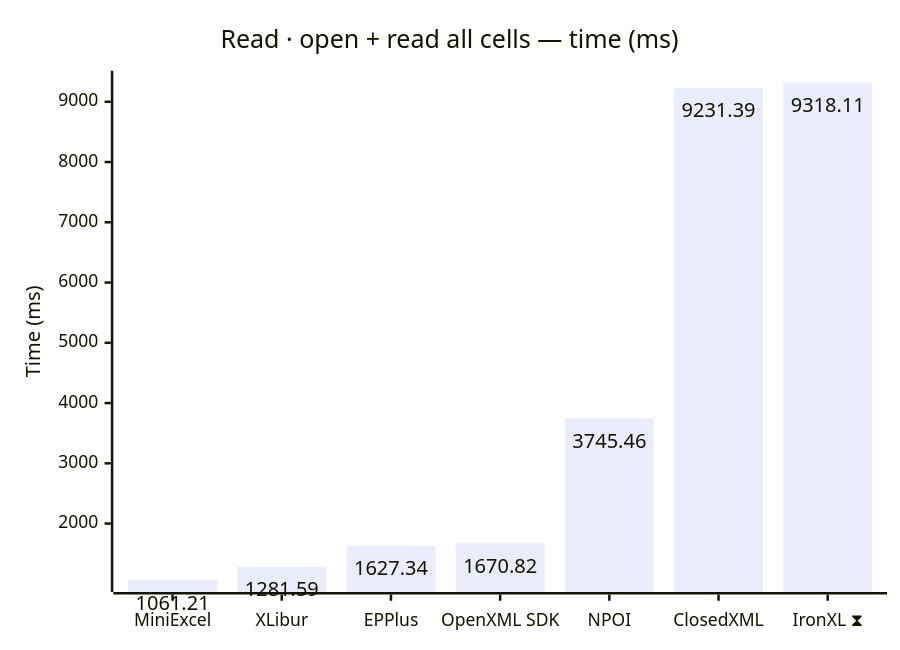
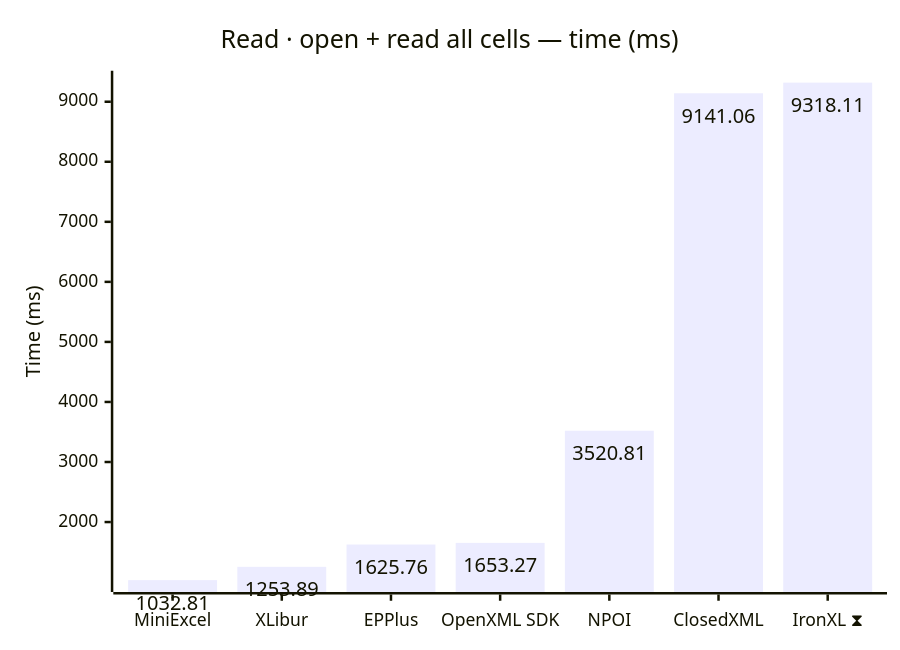
One commit to jafin/XLBench changed the third of 12 diagrams in docs/results-ci.md. Above: the diagram before and after it, drawn with Mermaid. The commit also changed other lines of this file, not shown here.

````diff
--- a/docs/results-ci.md
+++ b/docs/results-ci.md
@@ -67,12 +67,12 @@
 ```mermaid
 ---
 config:
   xyChart:
     showDataLabel: true
 ---
 xychart-beta
     title "Read · open + read all cells — time (ms)"
     x-axis ["MiniExcel", "XLibur", "EPPlus", "OpenXML SDK", "NPOI", "ClosedXML", "IronXL ⧗"]
     y-axis "Time (ms)"
-    bar [1061.21, 1281.59, 1627.34, 1670.82, 3745.46, 9231.39, 9318.11]
+    bar [1032.81, 1253.89, 1625.76, 1653.27, 3520.81, 9141.06, 9318.11]
 ```
````
